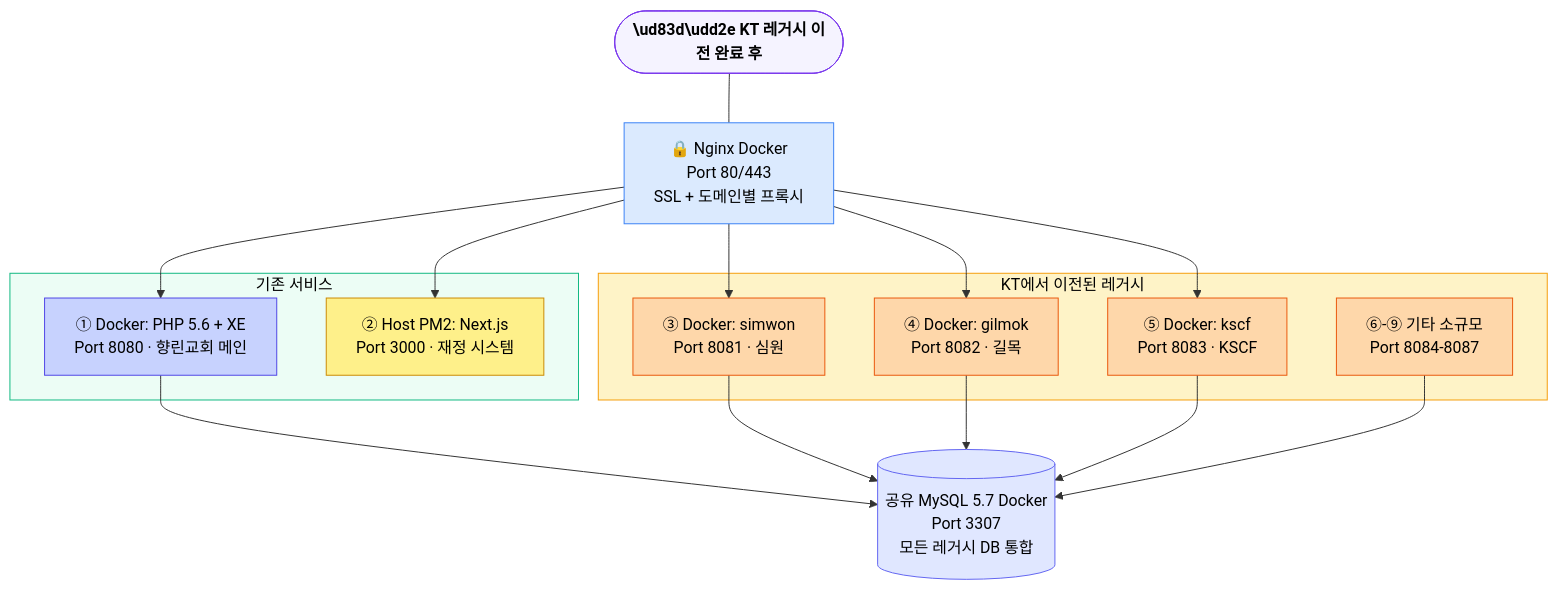
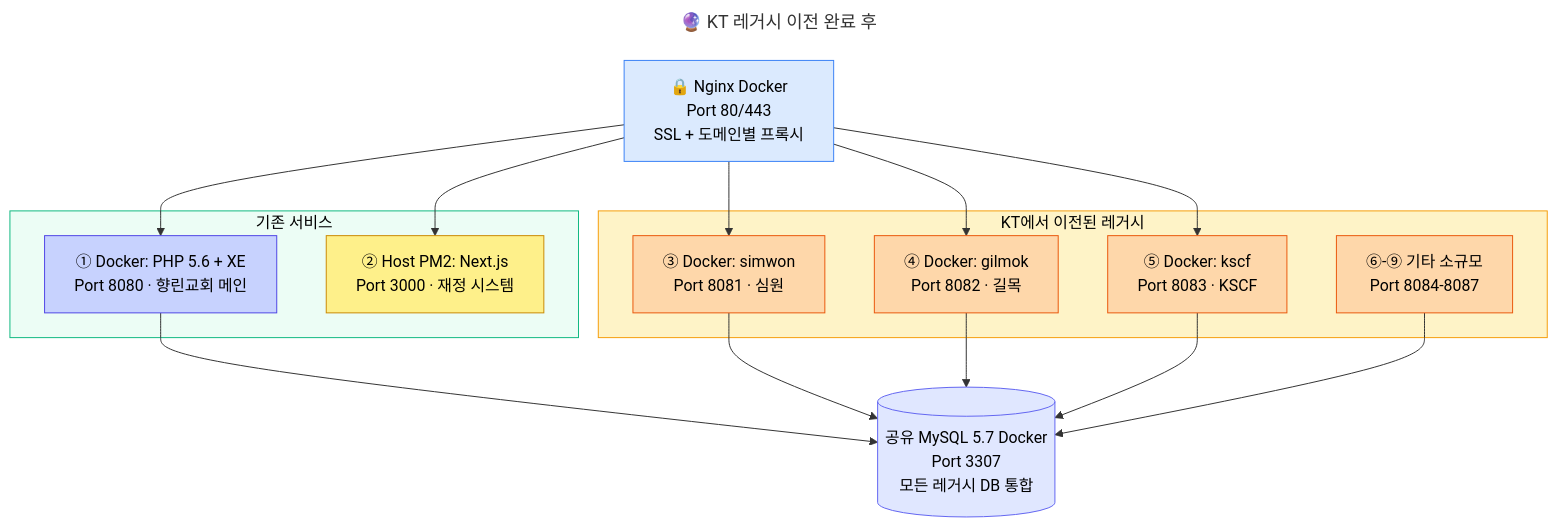
One commit to extralee/hyanglin-homepage-design changed the third of 4 diagrams in docs/legacy-vs-modern-architecture.md. Above: the diagram before and after it, drawn with Mermaid. The commit also changed other lines of this file, not shown here.

First line of the commit message:
docs: 아키텍처 다이어그램 제목 표시 방식 개선 (YAML Frontmatter 적용)

````diff
--- a/docs/legacy-vs-modern-architecture.md
+++ b/docs/legacy-vs-modern-architecture.md
@@ -163,44 +159,42 @@
 ```mermaid
+---
+title: 🔮 KT 레거시 이전 완료 후
+---
 flowchart TD
-  title_future(["\ud83d\udd2e KT 레거시 이전 완료 후"])
-  title_future --- nginx2
-
   nginx2["🔒 Nginx Docker<br>Port 80/443<br>SSL + 도메인별 프록시"]
 
   subgraph existing["기존 서비스"]
     xe2["① Docker: PHP 5.6 + XE<br>Port 8080 · 향린교회 메인"]
     fin2["② Host PM2: Next.js<br>Port 3000 · 재정 시스템"]
   end
 
   subgraph migrated["KT에서 이전된 레거시"]
     simwon2["③ Docker: simwon<br>Port 8081 · 심원"]
     gilmok2["④ Docker: gilmok<br>Port 8082 · 길목"]
     kscf2["⑤ Docker: kscf<br>Port 8083 · KSCF"]
     etc2["⑥-⑨ 기타 소규모<br>Port 8084-8087"]
   end
 
   shared_db[("공유 MySQL 5.7 Docker<br>Port 3307<br>모든 레거시 DB 통합")]
 
   nginx2 --> xe2
   nginx2 --> fin2
   nginx2 --> simwon2
   nginx2 --> gilmok2
   nginx2 --> kscf2
   xe2 --> shared_db
   simwon2 --> shared_db
   gilmok2 --> shared_db
   kscf2 --> shared_db
   etc2 --> shared_db
-
-  style title_future fill:#f5f3ff,stroke:#7c3aed,color:#000,font-weight:bold
   style nginx2 fill:#dbeafe,stroke:#3b82f6,color:#000
   style existing fill:#ecfdf5,stroke:#10b981,color:#000
   style xe2 fill:#c7d2fe,stroke:#4f46e5,color:#000
   style fin2 fill:#fef08a,stroke:#ca8a04,color:#000
   style migrated fill:#fef3c7,stroke:#f59e0b,color:#000
   style simwon2 fill:#fed7aa,stroke:#ea580c,color:#000
   style gilmok2 fill:#fed7aa,stroke:#ea580c,color:#000
   style kscf2 fill:#fed7aa,stroke:#ea580c,color:#000
   style etc2 fill:#fed7aa,stroke:#ea580c,color:#000
   style shared_db fill:#e0e7ff,stroke:#6366f1,color:#000
 ```
````
